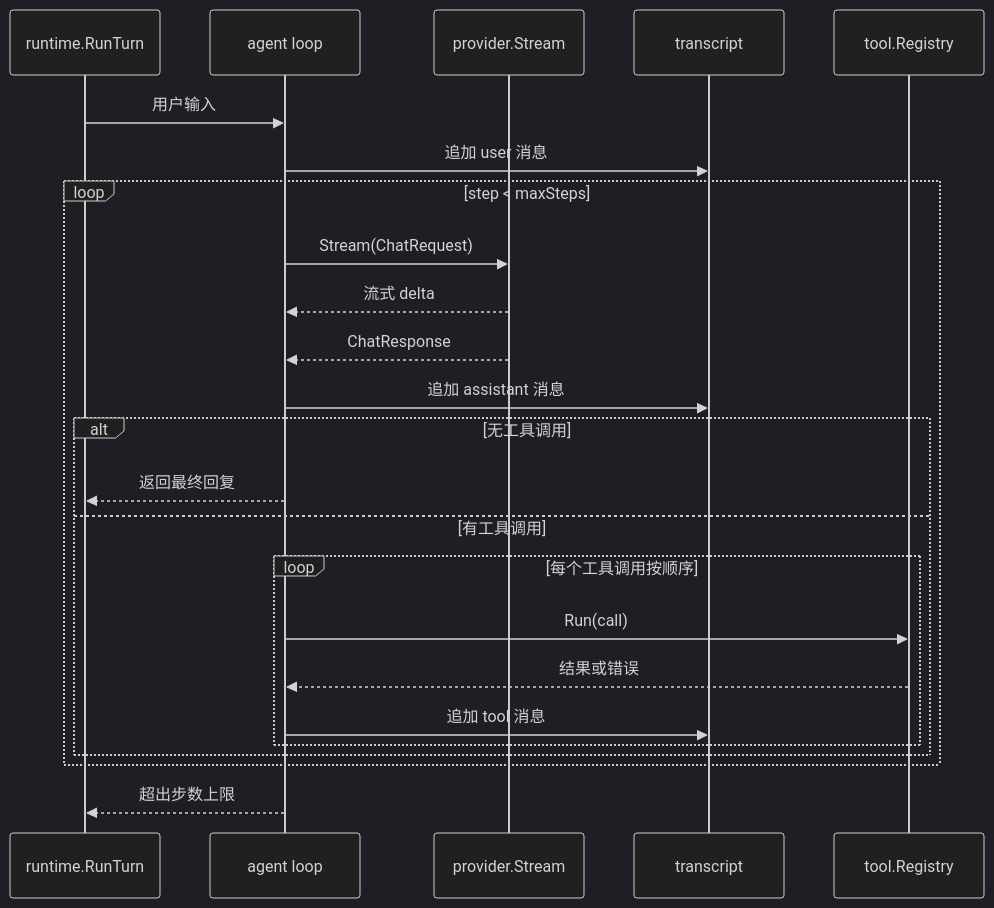
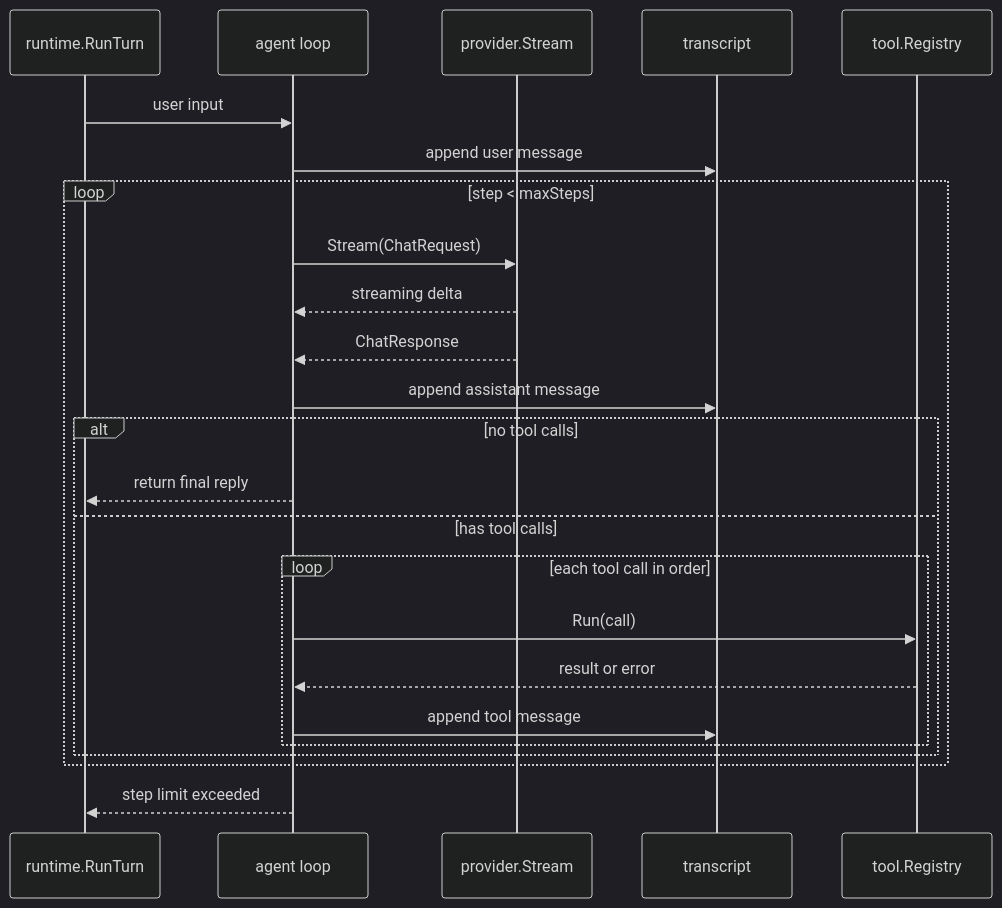
Before and after one commit to gvenusleo/Atlas: the second of 2 diagrams in README.md, drawn with Mermaid (dark theme). The commit also changed other lines of this file and 3 other files, not shown here.

````diff
--- a/README.md
+++ b/README.md
@@ -70,27 +72,27 @@
 ```mermaid
 sequenceDiagram
     participant RT as runtime.RunTurn
     participant AG as agent loop
     participant PR as provider.Stream
     participant TR as transcript
     participant TOOLS as tool.Registry
 
-    RT->>AG: 用户输入
-    AG->>TR: 追加 user 消息
+    RT->>AG: user input
+    AG->>TR: append user message
     loop step < maxSteps
         AG->>PR: Stream(ChatRequest)
-        PR-->>AG: 流式 delta
+        PR-->>AG: streaming delta
         PR-->>AG: ChatResponse
-        AG->>TR: 追加 assistant 消息
-        alt 无工具调用
-            AG-->>RT: 返回最终回复
-        else 有工具调用
-            loop 每个工具调用按顺序
+        AG->>TR: append assistant message
+        alt no tool calls
+            AG-->>RT: return final reply
+        else has tool calls
+            loop each tool call in order
                 AG->>TOOLS: Run(call)
-                TOOLS-->>AG: 结果或错误
-                AG->>TR: 追加 tool 消息
+                TOOLS-->>AG: result or error
+                AG->>TR: append tool message
             end
         end
     end
-    AG-->>RT: 超出步数上限
+    AG-->>RT: step limit exceeded
 ```
````
